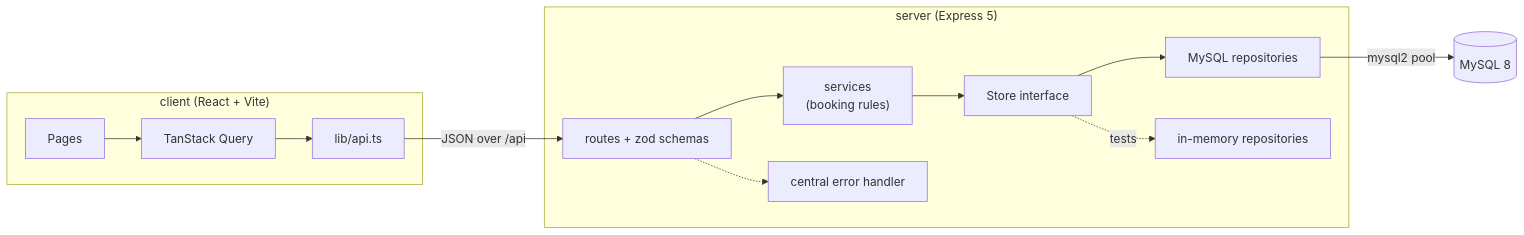
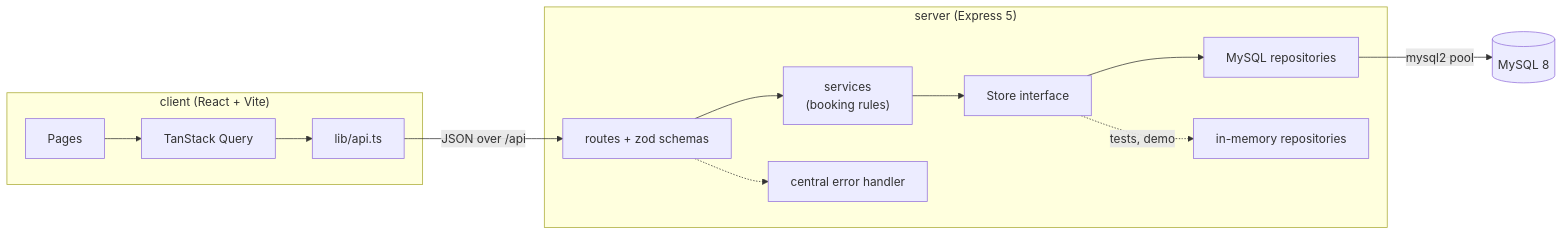
One commit to Raja9964/Voyagr changed the first of 2 diagrams in README.md. Above: the diagram before and after it, drawn with Mermaid. The commit also changed other lines of this file, not shown here.

Commit message:
Document the live demo and local setup

````diff
--- a/README.md
+++ b/README.md
@@ -38,15 +43,15 @@
 ```mermaid
 flowchart LR
   subgraph Client["client (React + Vite)"]
     Pages --> Query["TanStack Query"] --> ApiClient["lib/api.ts"]
   end
   ApiClient -- "JSON over /api" --> Routes
   subgraph Server["server (Express 5)"]
     Routes["routes + zod schemas"] --> Services["services<br/>(booking rules)"]
     Services --> Store["Store interface"]
     Store --> MySqlStore["MySQL repositories"]
-    Store -. tests .-> MemoryStore["in-memory repositories"]
+    Store -. "tests, demo" .-> MemoryStore["in-memory repositories"]
     Routes -.-> ErrorHandler["central error handler"]
   end
   MySqlStore -- "mysql2 pool" --> DB[(MySQL 8)]
 ```
````
